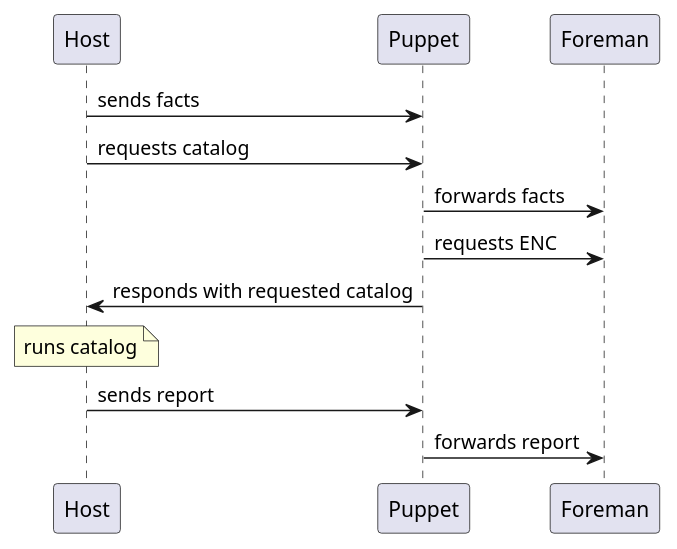
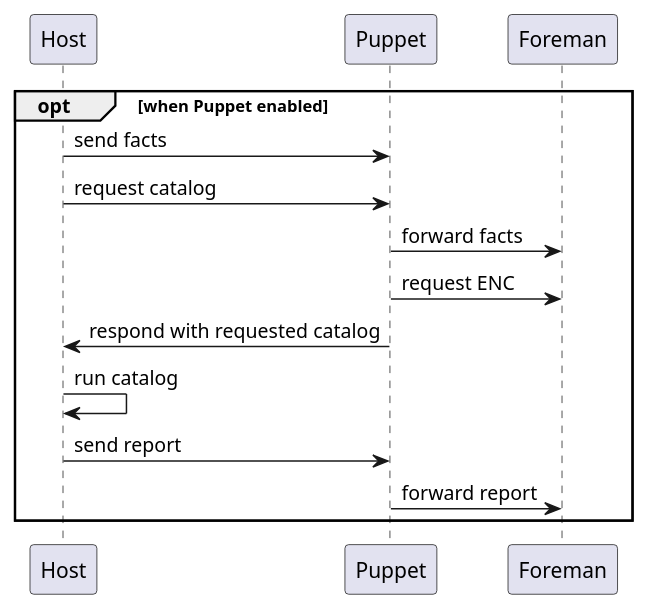
One commit to theforeman/foreman-documentation changed the diagram in guides/image-sources/puppet-run.iuml. Above: the diagram before and after it, drawn with PlantUML. The commit also changed 5 other files, not shown here.

```diff
--- a/guides/image-sources/puppet-run.iuml
+++ b/guides/image-sources/puppet-run.iuml
@@ -1,8 +1,10 @@
-Host -> Puppet : sends facts
-Host -> Puppet : requests catalog
-Puppet -> Foreman : forwards facts
-Puppet -> Foreman : requests ENC
-Puppet -> Host : responds with requested catalog
-note over Host : runs catalog
-Host -> Puppet : sends report
-Puppet -> Foreman : forwards report
+opt when Puppet enabled
+   Host -> Puppet : send facts
+   Host -> Puppet : request catalog
+   Puppet -> Foreman : forward facts
+   Puppet -> Foreman : request ENC
+   Puppet -> Host : respond with requested catalog
+   Host -> Host : run catalog
+   Host -> Puppet : send report
+   Puppet -> Foreman : forward report
+end
```
